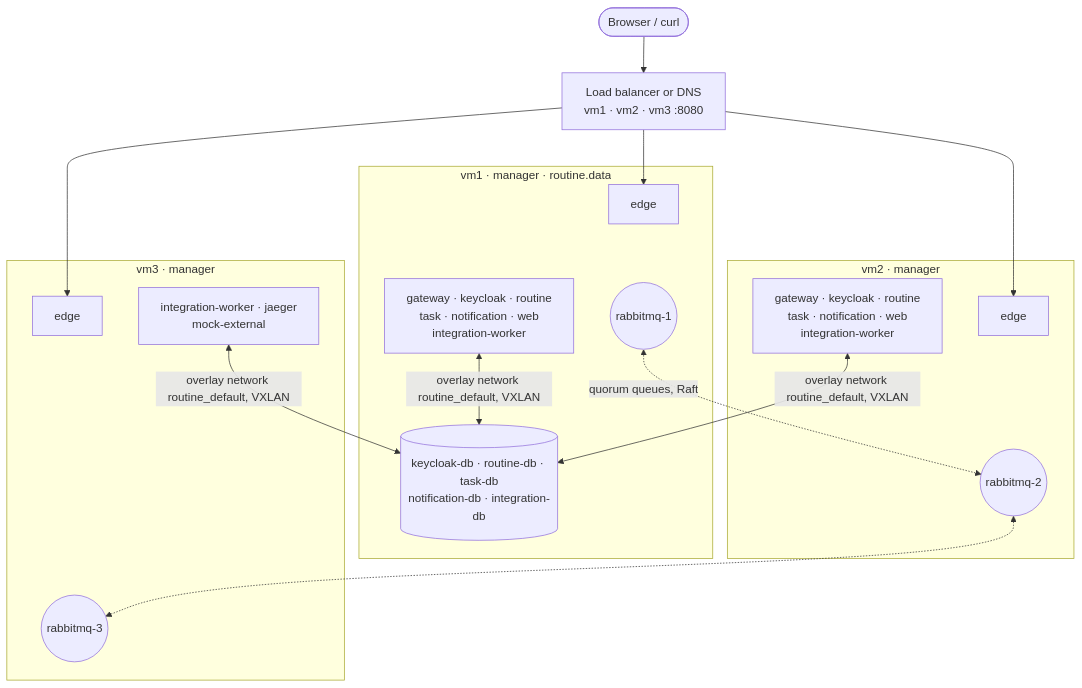
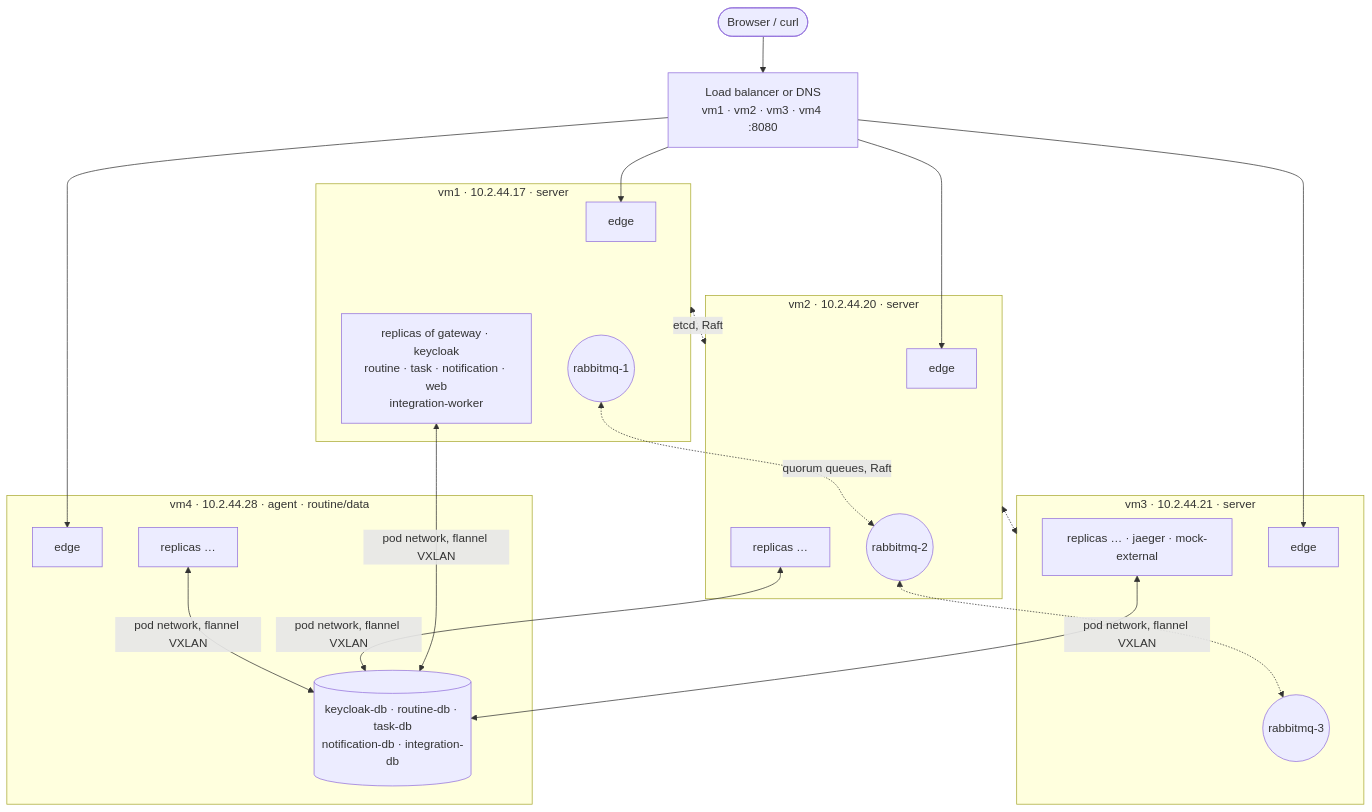
One commit to sxpersxnic/tbz-m321-routine changed the diagram in docs/deployment.md. Above: the diagram before and after it, drawn with Mermaid. The commit also changed other lines of this file and 32 other files, not shown here.

````diff
--- a/docs/deployment.md
+++ b/docs/deployment.md
@@ -14,22 +25,27 @@
 ```mermaid
 flowchart TB
-    U([Browser / curl]) --> LB[Load balancer or DNS<br/>vm1 · vm2 · vm3 :8080]
-    LB --> E1 & E2 & E3
+    U([Browser / curl]) --> LB[Load balancer or DNS<br/>vm1 · vm2 · vm3 · vm4 :8080]
+    LB --> E1 & E2 & E3 & E4
 
-    subgraph VM1[vm1 · manager · routine.data]
+    subgraph VM1[vm1 · 10.2.44.17 · server]
       E1[edge] ~~~ R1((rabbitmq-1))
-      S1[gateway · keycloak · routine<br/>task · notification · web<br/>integration-worker]
+      S1[replicas of gateway · keycloak<br/>routine · task · notification · web<br/>integration-worker]
+    end
+    subgraph VM2[vm2 · 10.2.44.20 · server]
+      E2[edge] ~~~ R2((rabbitmq-2))
+      S2[replicas …]
+    end
+    subgraph VM3[vm3 · 10.2.44.21 · server]
+      E3[edge] ~~~ R3((rabbitmq-3))
+      S3[replicas … · jaeger · mock-external]
+    end
+    subgraph VM4[vm4 · 10.2.44.28 · agent · routine/data]
+      E4[edge]
       DB[(keycloak-db · routine-db · task-db<br/>notification-db · integration-db)]
-    end
-    subgraph VM2[vm2 · manager]
-      E2[edge] ~~~ R2((rabbitmq-2))
-      S2[gateway · keycloak · routine<br/>task · notification · web<br/>integration-worker]
-    end
-    subgraph VM3[vm3 · manager]
-      E3[edge] ~~~ R3((rabbitmq-3))
-      S3[integration-worker · jaeger<br/>mock-external]
+      S4[replicas …]
     end
 
     R1 <-.->|quorum queues, Raft| R2 <-.-> R3
-    S1 & S2 & S3 <-->|overlay network routine_default, VXLAN| DB
+    VM1 <-.->|etcd, Raft| VM2 <-.-> VM3
+    S1 & S2 & S3 & S4 <-->|pod network, flannel VXLAN| DB
 ```
````
